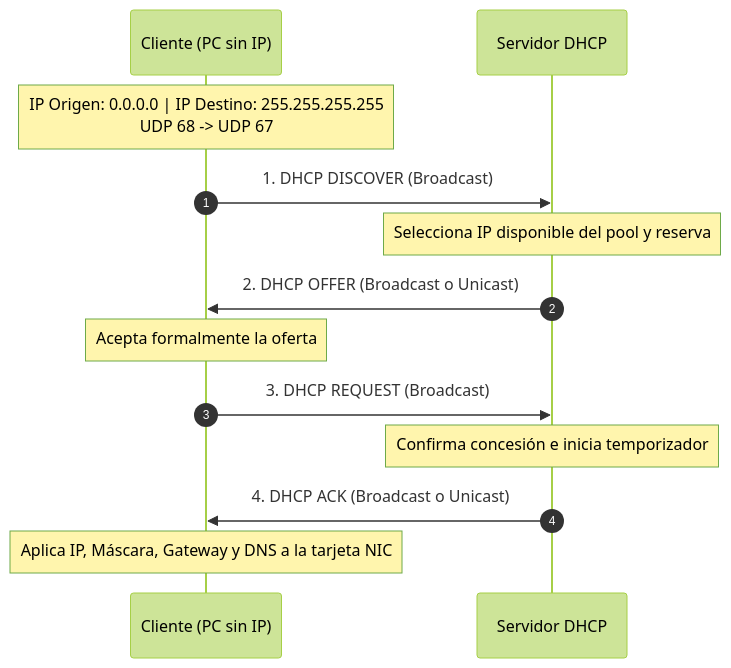
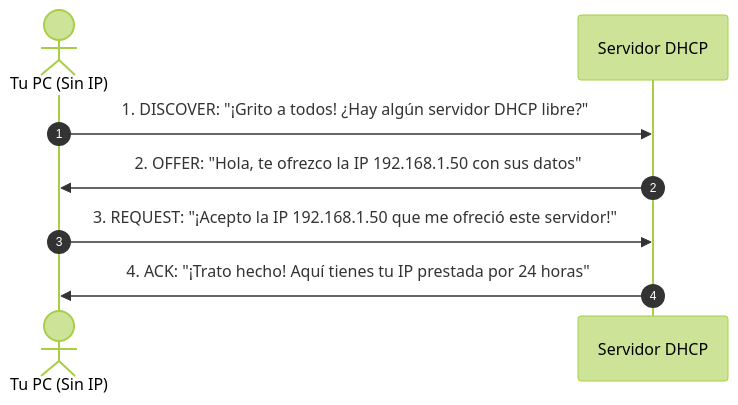
The diagram in Teoria/Modulo_2_Capa_Aplicacion/03_DHCP_Dynamic_Host_Configuration.md (ch4rf/redes-computadoras), drawn with Mermaid (forest theme) before and after one commit. The commit also changed other lines of this file and 14 other files, not shown here.

````diff
--- a/Teoria/Modulo_2_Capa_Aplicacion/03_DHCP_Dynamic_Host_Configuration.md
+++ b/Teoria/Modulo_2_Capa_Aplicacion/03_DHCP_Dynamic_Host_Configuration.md
@@ -43,20 +35,11 @@
 ```mermaid
 sequenceDiagram
     autonumber
-    participant Cliente as Cliente (PC sin IP)
+    actor Cliente as Tu PC (Sin IP)
     participant Servidor as Servidor DHCP
     
-    Note over Cliente: IP Origen: 0.0.0.0 | IP Destino: 255.255.255.255<br/>UDP 68 -> UDP 67
-    Cliente->>Servidor: 1. DHCP DISCOVER (Broadcast)
-    
-    Note over Servidor: Selecciona IP disponible del pool y reserva
-    Servidor->>Cliente: 2. DHCP OFFER (Broadcast o Unicast)
-    
-    Note over Cliente: Acepta formalmente la oferta
-    Cliente->>Servidor: 3. DHCP REQUEST (Broadcast)
-    
-    Note over Servidor: Confirma concesión e inicia temporizador
-    Servidor->>Cliente: 4. DHCP ACK (Broadcast o Unicast)
-    
-    Note over Cliente: Aplica IP, Máscara, Gateway y DNS a la tarjeta NIC
+    Cliente->>Servidor: 1. DISCOVER: "¡Grito a todos! ¿Hay algún servidor DHCP libre?"
+    Servidor->>Cliente: 2. OFFER: "Hola, te ofrezco la IP 192.168.1.50 con sus datos"
+    Cliente->>Servidor: 3. REQUEST: "¡Acepto la IP 192.168.1.50 que me ofreció este servidor!"
+    Servidor->>Cliente: 4. ACK: "¡Trato hecho! Aquí tienes tu IP prestada por 24 horas"
 ```
````
